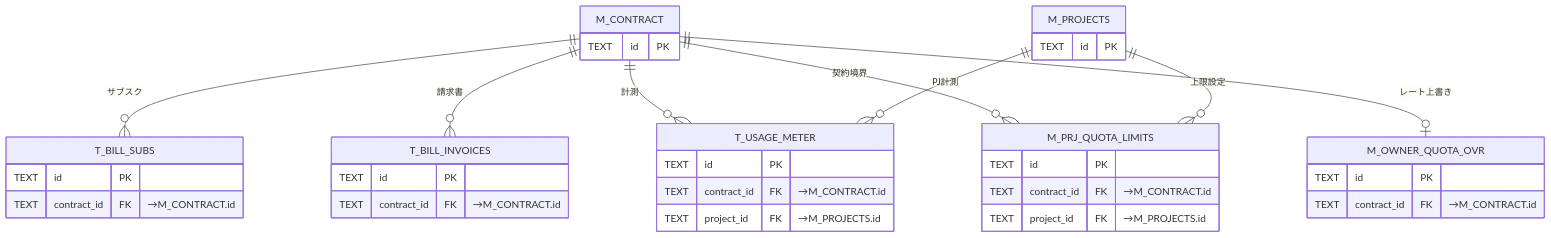
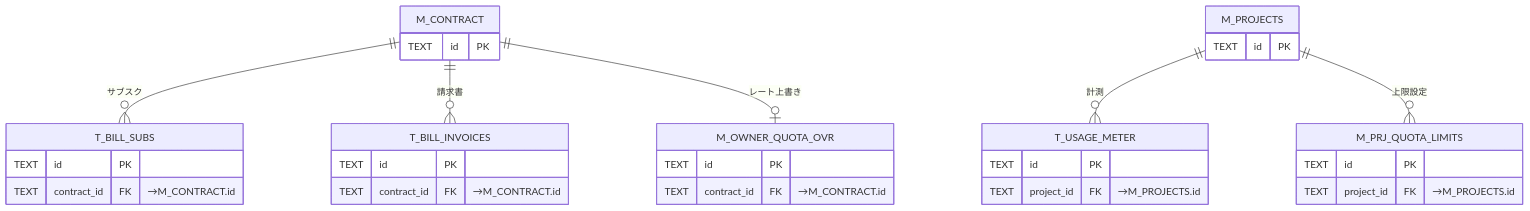
The ninth of 12 diagrams in 02_basic-design/03_database-design.md (sikakou54/open-faq), drawn with Mermaid before and after one commit. The commit also changed other lines of this file and 4 other files, not shown here.

First line of the commit message:
DB設計: M_PROJECTS の子テーブルから冗長な contract_id を削除(契約境界は project_id 経由で導出)

````diff
--- a/02_basic-design/03_database-design.md
+++ b/02_basic-design/03_database-design.md
@@ -256,24 +254,20 @@
 ```mermaid
 erDiagram
   M_CONTRACT { TEXT id PK }
   M_PROJECTS { TEXT id PK }
   T_BILL_SUBS { TEXT id PK
     TEXT contract_id FK "→M_CONTRACT.id" }
   T_BILL_INVOICES { TEXT id PK
     TEXT contract_id FK "→M_CONTRACT.id" }
   T_USAGE_METER { TEXT id PK
-    TEXT contract_id FK "→M_CONTRACT.id"
     TEXT project_id FK "→M_PROJECTS.id" }
   M_PRJ_QUOTA_LIMITS { TEXT id PK
-    TEXT contract_id FK "→M_CONTRACT.id"
     TEXT project_id FK "→M_PROJECTS.id" }
   M_OWNER_QUOTA_OVR { TEXT id PK
     TEXT contract_id FK "→M_CONTRACT.id" }
   M_CONTRACT ||--o{ T_BILL_SUBS : "サブスク"
   M_CONTRACT ||--o{ T_BILL_INVOICES : "請求書"
-  M_CONTRACT ||--o{ T_USAGE_METER : "計測"
-  M_PROJECTS ||--o{ T_USAGE_METER : "PJ計測"
-  M_CONTRACT ||--o{ M_PRJ_QUOTA_LIMITS : "契約境界"
+  M_PROJECTS ||--o{ T_USAGE_METER : "計測"
   M_PROJECTS ||--o{ M_PRJ_QUOTA_LIMITS : "上限設定"
   M_CONTRACT ||--o| M_OWNER_QUOTA_OVR : "レート上書き"
 ```
````
